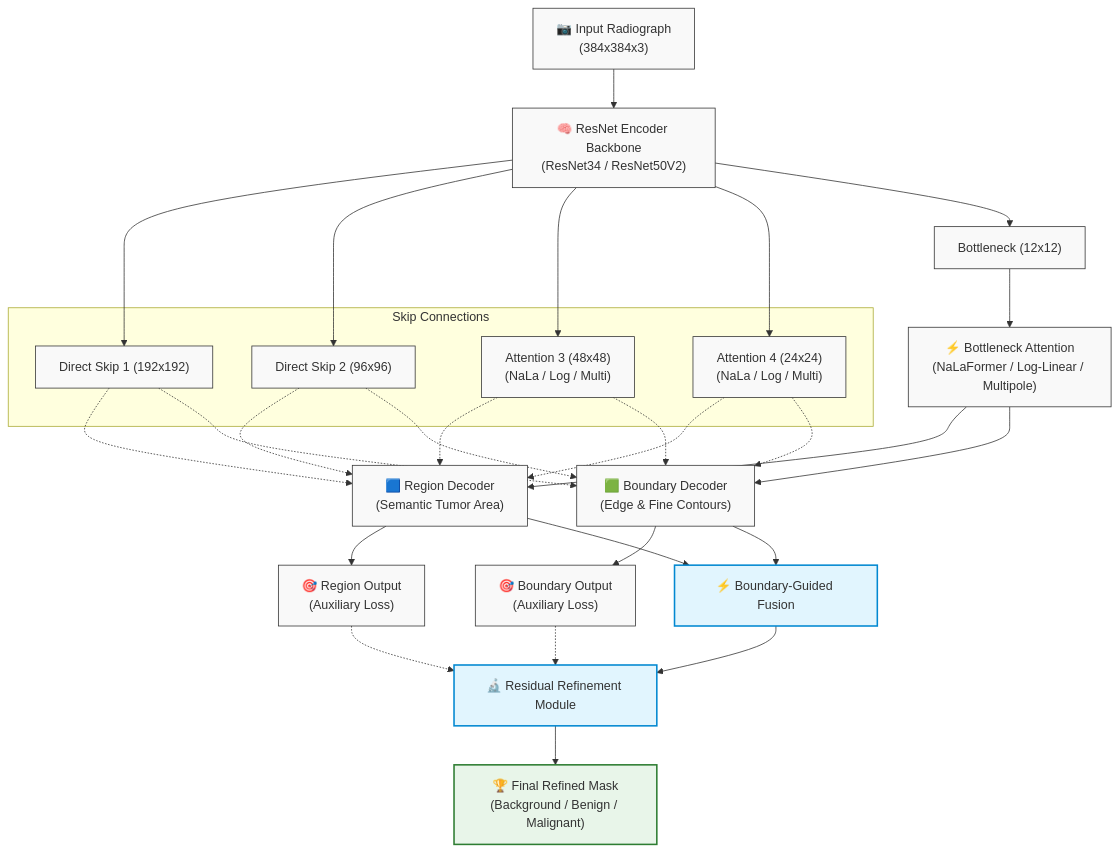
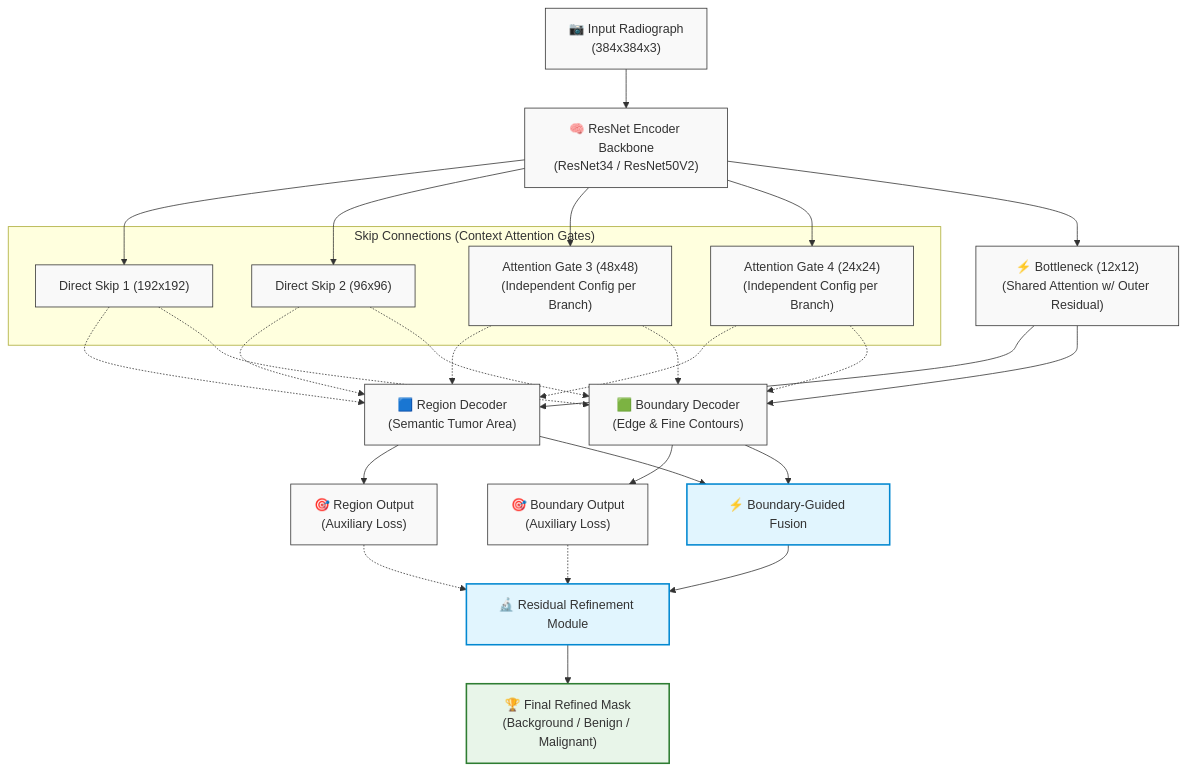
Before and after one commit to masterth21/DualDecoder-BoneTumor-Seg: the diagram in README.md, drawn with Mermaid. The commit also changed 7 other files, not shown here.

Commit message:
Refactor ContextAttentionGate, Bottleneck Residuals, and Branch Configs

````diff
--- a/README.md
+++ b/README.md
@@ -27,49 +27,48 @@
 ```mermaid
 flowchart TD
     In["📷 Input Radiograph<br/>(384x384x3)"] --> Enc["🧠 ResNet Encoder Backbone<br/>(ResNet34 / ResNet50V2)"]
 
-    subgraph Skips ["Skip Connections"]
+    subgraph Skips ["Skip Connections (Context Attention Gates)"]
         S1["Direct Skip 1 (192x192)"]
         S2["Direct Skip 2 (96x96)"]
-        S3["Attention 3 (48x48)<br/>(NaLa / Log / Multi)"]
-        S4["Attention 4 (24x24)<br/>(NaLa / Log / Multi)"]
+        S3["Attention Gate 3 (48x48)<br/>(Independent Config per Branch)"]
+        S4["Attention Gate 4 (24x24)<br/>(Independent Config per Branch)"]
     end
 
     Enc --> S1
     Enc --> S2
     Enc --> S3
     Enc --> S4
-    Enc --> Bottleneck["Bottleneck (12x12)"]
-    Bottleneck --> BAttn["⚡ Bottleneck Attention<br/>(NaLaFormer / Log-Linear / Multipole)"]
+    Enc --> Bottleneck["⚡ Bottleneck (12x12)<br/>(Shared Attention w/ Outer Residual)"]
 
-    BAttn --> RegDec["🟦 Region Decoder<br/>(Semantic Tumor Area)"]
-    BAttn --> BoundDec["🟩 Boundary Decoder<br/>(Edge & Fine Contours)"]
+    Bottleneck --> RegDec["🟦 Region Decoder<br/>(Semantic Tumor Area)"]
+    Bottleneck --> BoundDec["🟩 Boundary Decoder<br/>(Edge & Fine Contours)"]
 
     S1 -.-> RegDec
     S2 -.-> RegDec
     S3 -.-> RegDec
     S4 -.-> RegDec
 
     S1 -.-> BoundDec
     S2 -.-> BoundDec
     S3 -.-> BoundDec
     S4 -.-> BoundDec
 
     RegDec --> RegOut["🎯 Region Output<br/>(Auxiliary Loss)"]
     BoundDec --> BoundOut["🎯 Boundary Output<br/>(Auxiliary Loss)"]
 
     RegDec --> Fusion["⚡ Boundary-Guided Fusion"]
     BoundDec --> Fusion
 
     Fusion --> Refine["🔬 Residual Refinement Module"]
     RegOut -.-> Refine
     BoundOut -.-> Refine
 
     Refine --> FinalOut["🏆 Final Refined Mask<br/>(Background / Benign / Malignant)"]
 
     classDef default fill:#f9f9f9,stroke:#333,stroke-width:1px;
     classDef highlight fill:#e1f5fe,stroke:#0288d1,stroke-width:2px;
     classDef final fill:#e8f5e9,stroke:#2e7d32,stroke-width:2px;
     class FinalOut final;
     class Fusion,Refine highlight;
 ```
````
